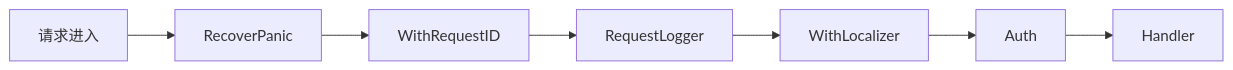
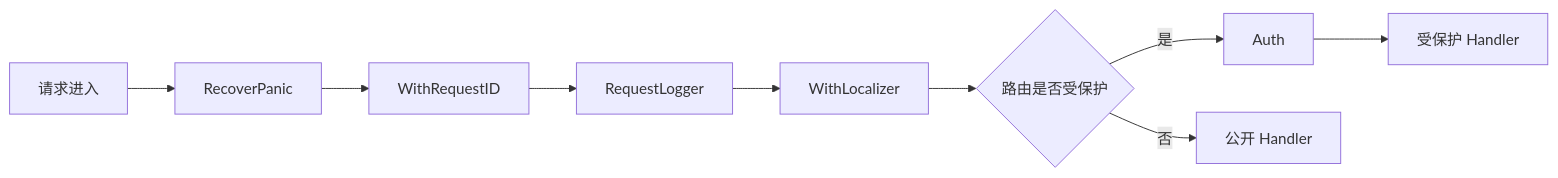
The first of 2 diagrams in docs/spec/infra/auth-and-middleware.md (0REZ/clawbench), drawn with Mermaid before and after one commit. The commit also changed other lines of this file and 16 other files, not shown here.

````diff
--- a/docs/spec/infra/auth-and-middleware.md
+++ b/docs/spec/infra/auth-and-middleware.md
@@ -9,9 +9,11 @@
 ```mermaid
 flowchart LR
     A[请求进入] --> B[RecoverPanic]
     B --> C[WithRequestID]
     C --> D[RequestLogger]
     D --> E[WithLocalizer]
-    E --> F[Auth]
-    F --> G[Handler]
+    E --> F{路由是否受保护}
+    F -->|是| G[Auth]
+    F -->|否| H[公开 Handler]
+    G --> I[受保护 Handler]
 ```
````
